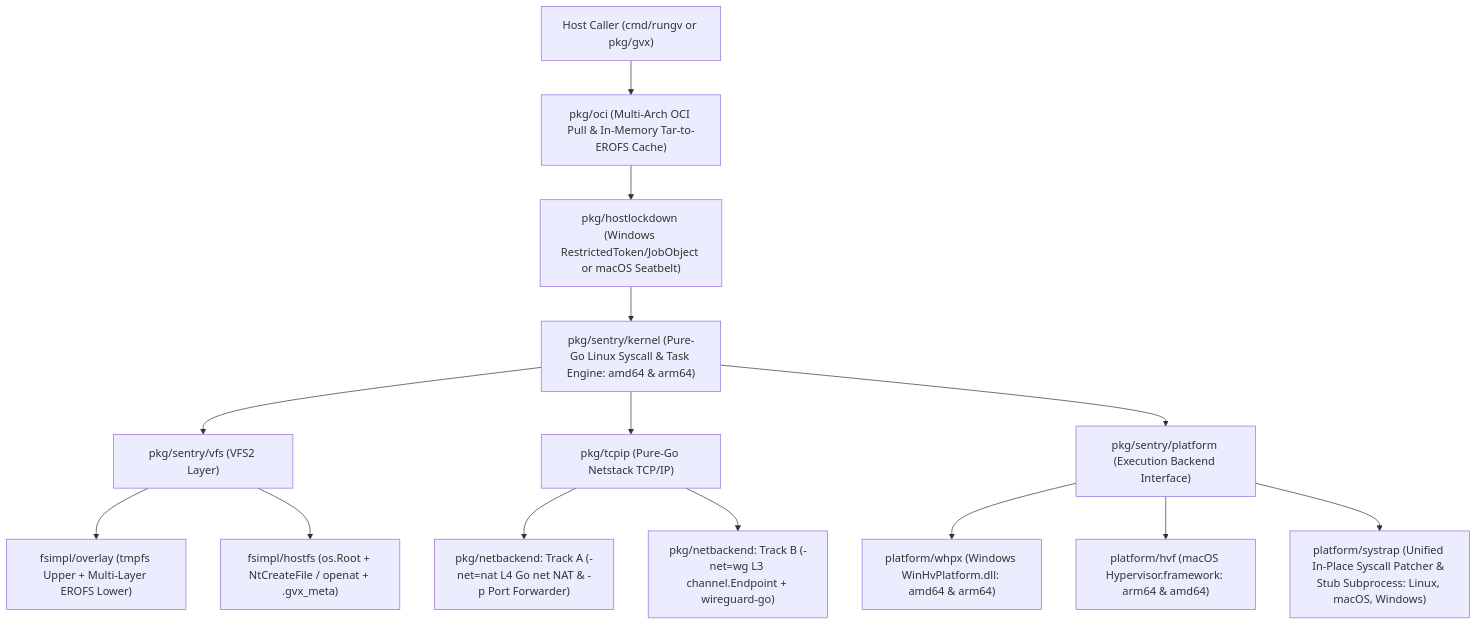
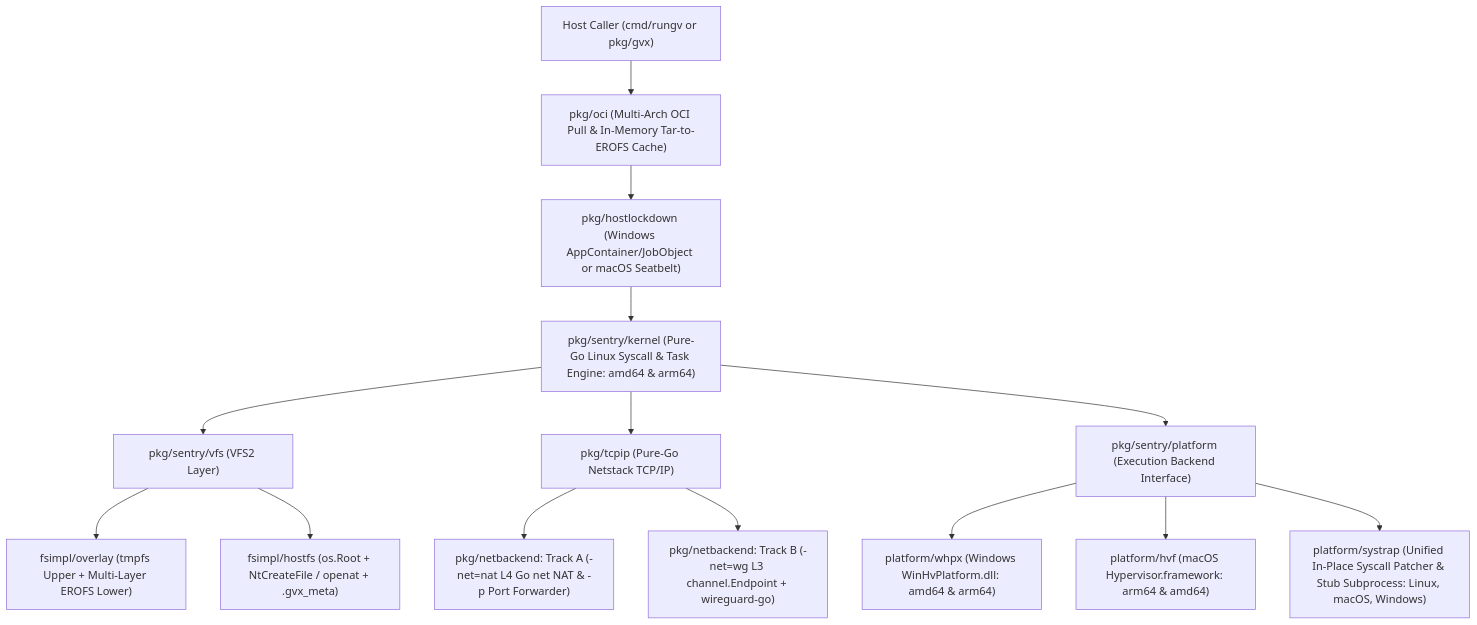
One commit to gfire-sigs/gvx changed the first of 7 diagrams in docs/architecture.md. Above: the diagram before and after it, drawn with Mermaid. The commit also changed other lines of this file and 14 other files, not shown here.

````diff
--- a/docs/architecture.md
+++ b/docs/architecture.md
@@ -21,16 +21,16 @@
 ```mermaid
 flowchart TD
     HostApp["Host Caller (cmd/rungv or pkg/gvx)"] --> OCI["pkg/oci (Multi-Arch OCI Pull & In-Memory Tar-to-EROFS Cache)"]
-    OCI --> Lockdown["pkg/hostlockdown (Windows RestrictedToken/JobObject or macOS Seatbelt)"]
+    OCI --> Lockdown["pkg/hostlockdown (Windows AppContainer/JobObject or macOS Seatbelt)"]
     Lockdown --> Sentry["pkg/sentry/kernel (Pure-Go Linux Syscall & Task Engine: amd64 & arm64)"]
     Sentry --> VFS["pkg/sentry/vfs (VFS2 Layer)"]
     Sentry --> Net["pkg/tcpip (Pure-Go Netstack TCP/IP)"]
     Sentry --> Platform["pkg/sentry/platform (Execution Backend Interface)"]
     VFS --> Overlay["fsimpl/overlay (tmpfs Upper + Multi-Layer EROFS Lower)"]
     VFS --> HostFS["fsimpl/hostfs (os.Root + NtCreateFile / openat + .gvx_meta)"]
     Net --> NetNAT["pkg/netbackend: Track A (-net=nat L4 Go net NAT & -p Port Forwarder)"]
     Net --> NetWG["pkg/netbackend: Track B (-net=wg L3 channel.Endpoint + wireguard-go)"]
     Platform --> WHPX["platform/whpx (Windows WinHvPlatform.dll: amd64 & arm64)"]
     Platform --> HVF["platform/hvf (macOS Hypervisor.framework: arm64 & amd64)"]
     Platform --> Systrap["platform/systrap (Unified In-Place Syscall Patcher & Stub Subprocess: Linux, macOS, Windows)"]
 ```
````
